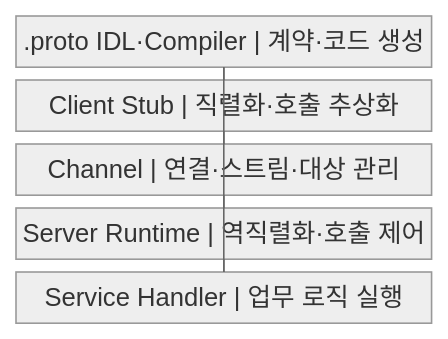
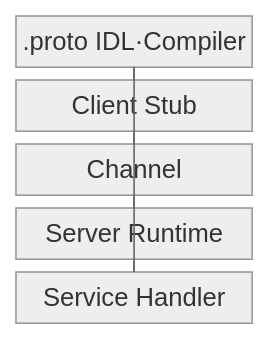
The first of 2 diagrams in src/content/docs/notes/03-software/173_grpc.md (agnusdei1207/knowledge-base), drawn with Mermaid (neutral theme) before and after one commit. The commit also changed other lines of this file and 238 other files, not shown here.

````diff
--- a/src/content/docs/notes/03-software/173_grpc.md
+++ b/src/content/docs/notes/03-software/173_grpc.md
@@ -56,14 +56,14 @@
 ```mermaid
-block
+block-beta
     columns 1
-    A[".proto IDL·Compiler | 계약·코드 생성"]
-    B["Client Stub | 직렬화·호출 추상화"]
-    C["Channel | 연결·스트림·대상 관리"]
-    D["Server Runtime | 역직렬화·호출 제어"]
-    E["Service Handler | 업무 로직 실행"]
+    A[".proto IDL·Compiler"]
+    B["Client Stub"]
+    C["Channel"]
+    D["Server Runtime"]
+    E["Service Handler"]
     A --- B
     A --- E
     B --- C
     C --- D
     D --- E
 ```
````
